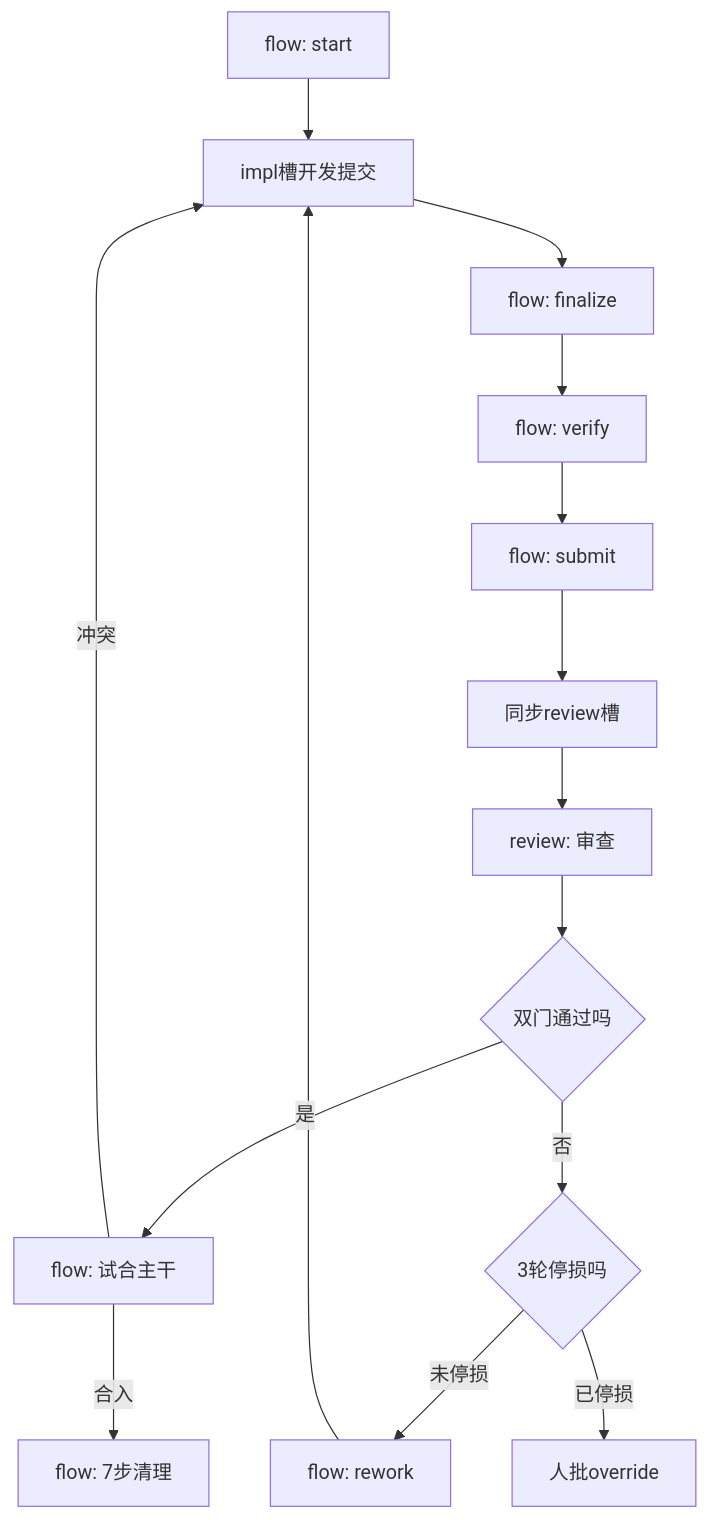
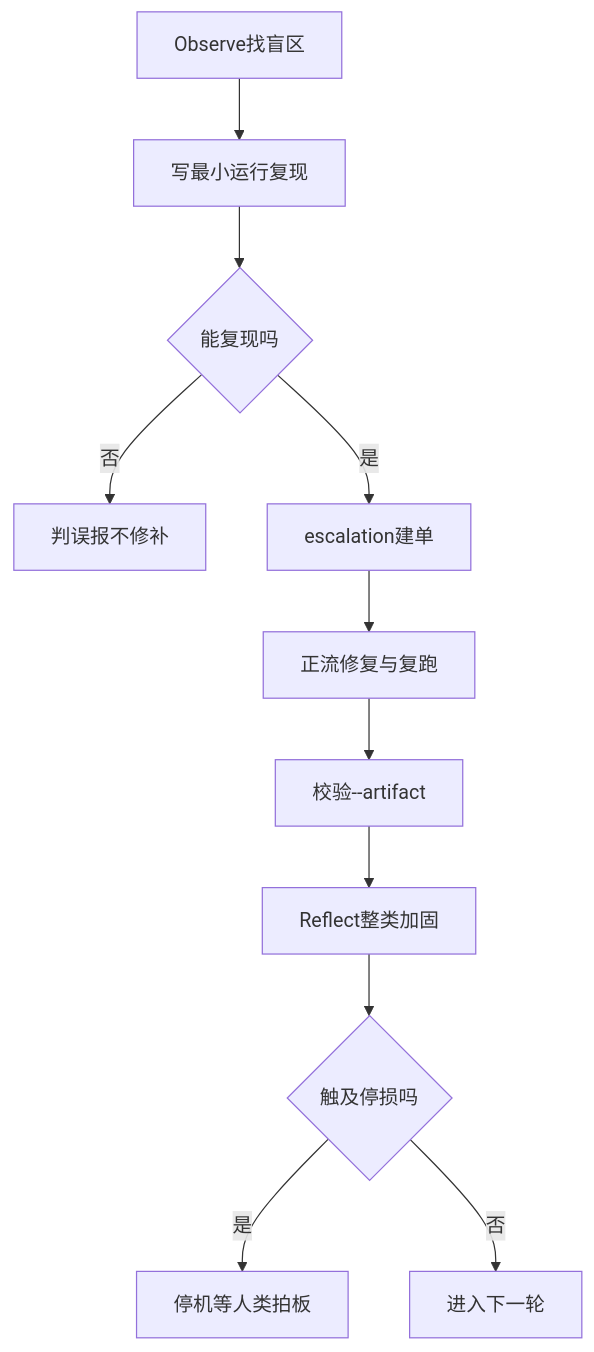
One commit to FiretrUCK666/project-forge changed the sixth of 6 diagrams in docs/TDD.md. Above: the diagram before and after it, drawn with Mermaid. The commit also changed other lines of this file and 13 other files, not shown here.

````diff
--- a/docs/TDD.md
+++ b/docs/TDD.md
@@ -349,17 +343,13 @@
 ```mermaid
 flowchart TD
-  Start["flow: start"] --> ImplWt["impl槽开发提交"]
-  ImplWt --> Fin["flow: finalize"]
-  Fin --> Ver["flow: verify"]
-  Ver --> Sub["flow: submit"]
-  Sub --> SyncRev["同步review槽"]
-  SyncRev --> Pack["review: 审查"]
-  Pack --> Check{"双门通过吗"}
-  Check -- "是" --> Queue["flow: 试合主干"]
-  Queue -- "冲突" --> ImplWt
-  Queue -- "合入" --> Clean["flow: 7步清理"]
-  Check -- "否" --> Lock{"3轮停损吗"}
-  Lock -- "未停损" --> Rew["flow: rework"]
-  Rew --> ImplWt
-  Lock -- "已停损" --> Ask["人批override"]
+  Obs["Observe找盲区"] --> Poc["写最小运行复现"]
+  Poc --> Repro{"能复现吗"}
+  Repro -- "否" --> FalsePos["判误报不修补"]
+  Repro -- "是" --> Esc["escalation建单"]
+  Esc --> Fix["正流修复与复跑"]
+  Fix --> Art["校验--artifact"]
+  Art --> Ref["Reflect整类加固"]
+  Ref --> Stop{"触及停损吗"}
+  Stop -- "是" --> Human["停机等人类拍板"]
+  Stop -- "否" --> NextRound["进入下一轮"]
 ```
````
